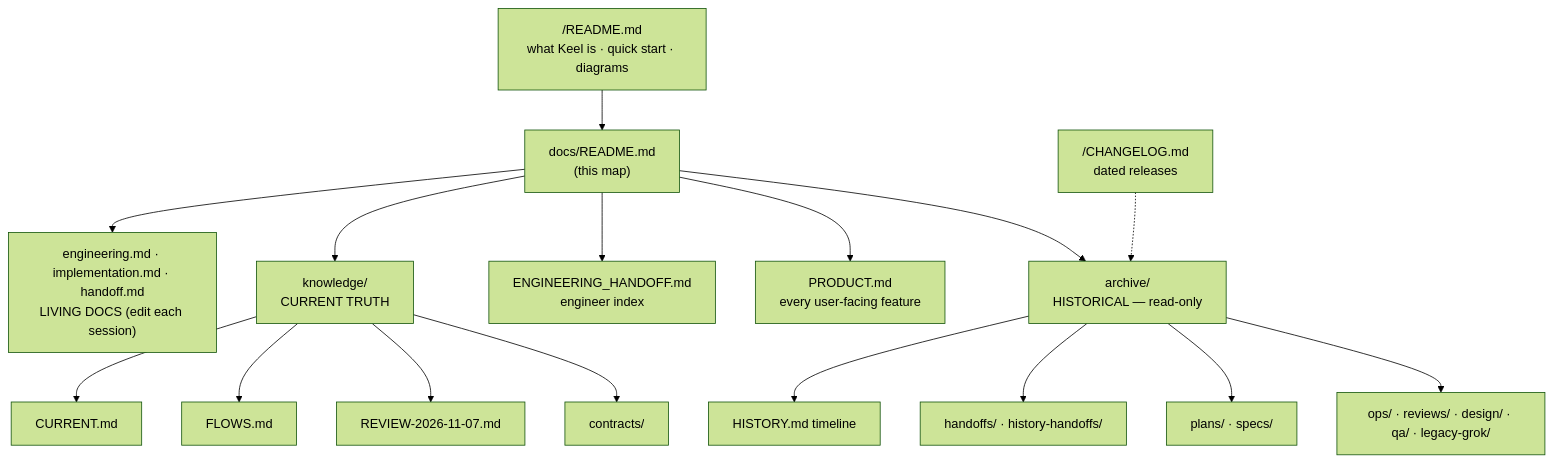
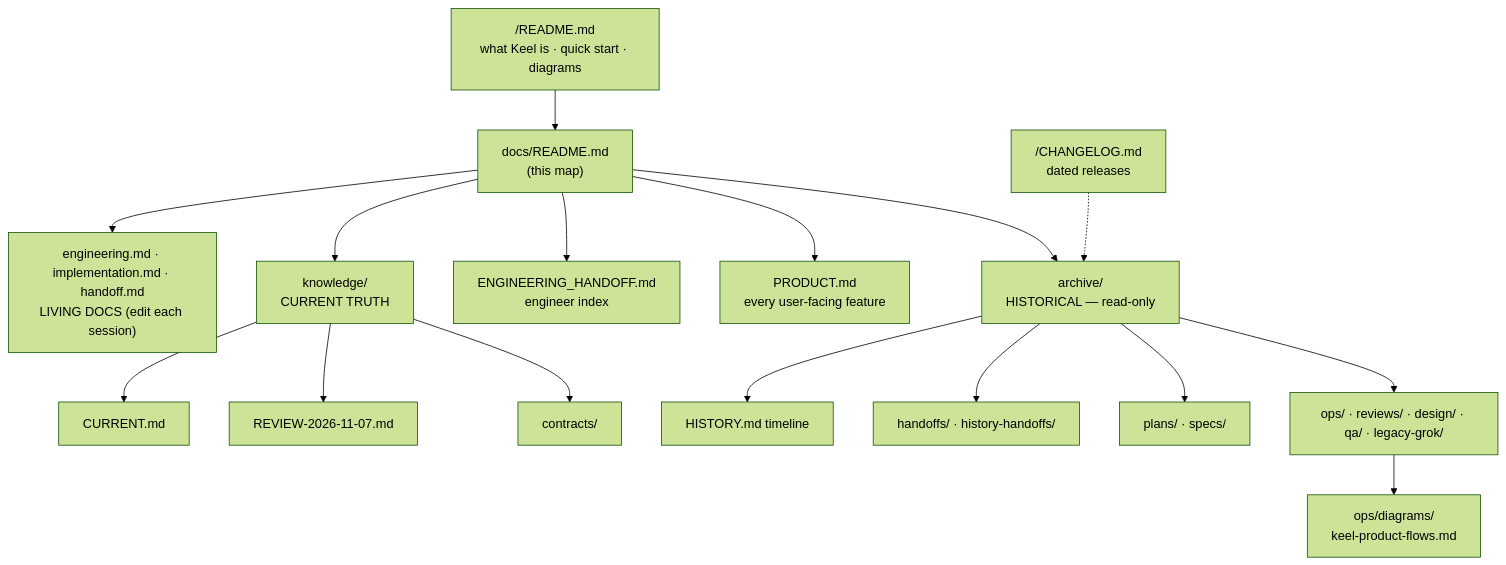
Before and after one commit to engramysayed/TestPilot: the diagram in docs/README.md, drawn with Mermaid (forest theme). The commit also changed other lines of this file and 6 other files, not shown here.

Commit message:
docs: keep the product flow map in the diagrams folder

````diff
--- a/docs/README.md
+++ b/docs/README.md
@@ -3,18 +3,18 @@
 ```mermaid
 flowchart TB
     R["/README.md<br/>what Keel is · quick start · diagrams"] --> D["docs/README.md<br/>(this map)"]
     D --> L["engineering.md · implementation.md · handoff.md<br/>LIVING DOCS (edit each session)"]
     D --> K["knowledge/<br/>CURRENT TRUTH"]
     D --> E["ENGINEERING_HANDOFF.md<br/>engineer index"]
     D --> P["PRODUCT.md<br/>every user-facing feature"]
     D --> A["archive/<br/>HISTORICAL — read-only"]
     K --> K1[CURRENT.md]
-    K --> K2[FLOWS.md]
     K --> K3[REVIEW-2026-11-07.md]
     K --> K4[contracts/]
     A --> A1[HISTORY.md timeline]
     A --> A2["handoffs/ · history-handoffs/"]
     A --> A3["plans/ · specs/"]
     A --> A4["ops/ · reviews/ · design/ · qa/ · legacy-grok/"]
+    A4 --> A5["ops/diagrams/<br/>keel-product-flows.md"]
     C["/CHANGELOG.md<br/>dated releases"] -.-> A
 ```
````
